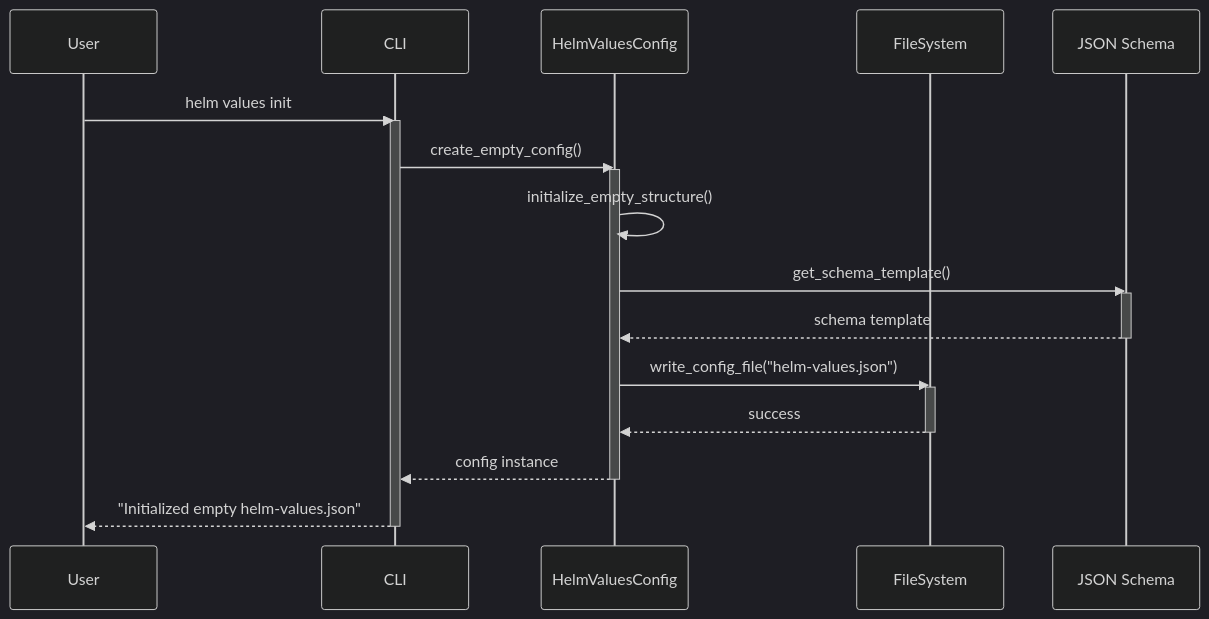
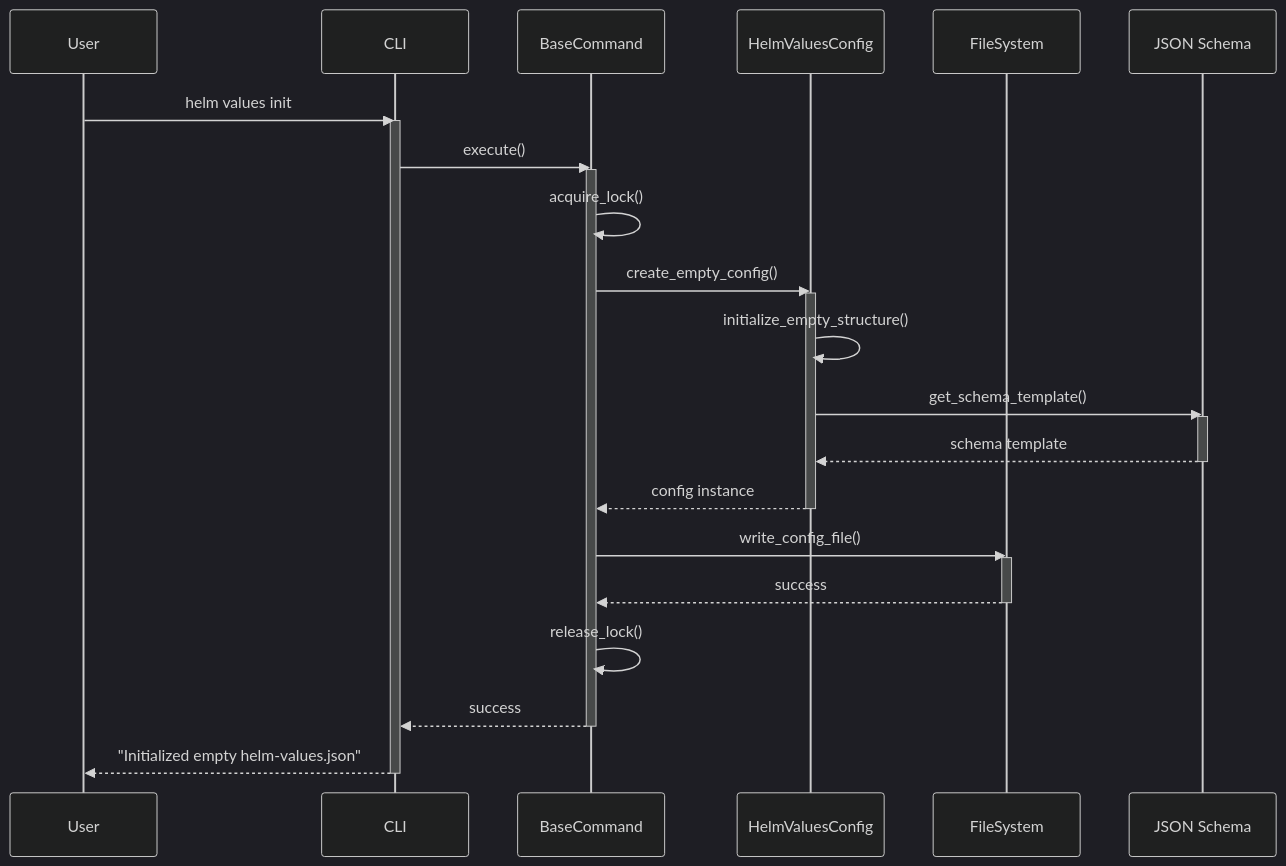
One commit to Zipstack/helm-values-manager changed the first of 12 diagrams in docs/Design/sequence-diagrams.md. Above: the diagram before and after it, drawn with Mermaid (dark theme). The commit also changed other lines of this file and 16 other files, not shown here.

````diff
--- a/docs/Design/sequence-diagrams.md
+++ b/docs/Design/sequence-diagrams.md
@@ -5,30 +5,39 @@
 ```mermaid
 sequenceDiagram
     participant User
     participant CLI
+    participant BaseCommand
     participant HelmValuesConfig
     participant FileSystem
 
     User->>CLI: helm values init
     activate CLI
 
-    CLI->>HelmValuesConfig: create_empty_config()
+    CLI->>BaseCommand: execute()
+    activate BaseCommand
+
+    BaseCommand->>BaseCommand: acquire_lock()
+    BaseCommand->>HelmValuesConfig: create_empty_config()
     activate HelmValuesConfig
 
     HelmValuesConfig->>HelmValuesConfig: initialize_empty_structure()
     HelmValuesConfig->>JSON Schema: get_schema_template()
     activate JSON Schema
     JSON Schema-->>HelmValuesConfig: schema template
     deactivate JSON Schema
 
-    HelmValuesConfig->>FileSystem: write_config_file("helm-values.json")
+    HelmValuesConfig-->>BaseCommand: config instance
+    deactivate HelmValuesConfig
+
+    BaseCommand->>FileSystem: write_config_file()
     activate FileSystem
-    FileSystem-->>HelmValuesConfig: success
+    FileSystem-->>BaseCommand: success
     deactivate FileSystem
 
-    HelmValuesConfig-->>CLI: config instance
-    deactivate HelmValuesConfig
+    BaseCommand->>BaseCommand: release_lock()
+    BaseCommand-->>CLI: success
+    deactivate BaseCommand
 
     CLI-->>User: "Initialized empty helm-values.json"
     deactivate CLI
 ```
````
